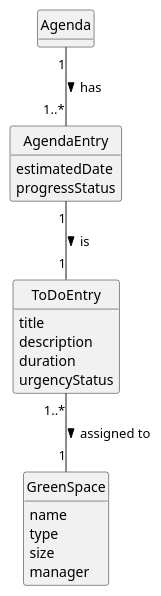
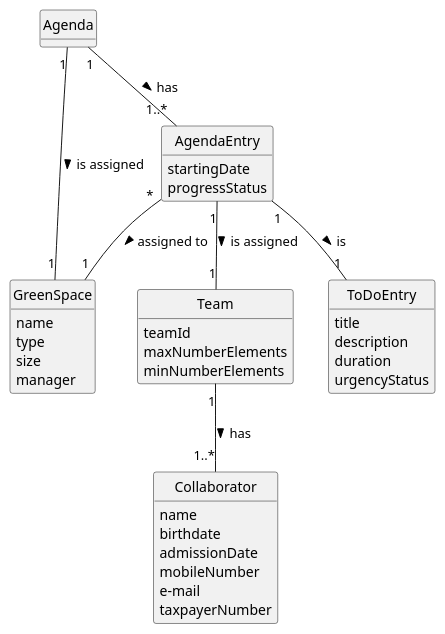
The diagram in docs/sprintC/us025/02.analysis/puml/us025-domain-model.puml (ricardomm7/leaflink), drawn with PlantUML before and after one commit. The commit also changed 20 other files, not shown here.

```diff
--- a/docs/sprintC/us025/02.analysis/puml/us025-domain-model.puml
+++ b/docs/sprintC/us025/02.analysis/puml/us025-domain-model.puml
@@ -1,46 +1,70 @@
 @startuml
 skinparam monochrome true
 skinparam packageStyle rectangle
 skinparam shadowing false
 
 'left to right direction
 
 skinparam classAttributeIconSize 0
 
 hide circle
 hide methods
 
 
+class Collaborator {
+    name
+    birthdate
+    admissionDate
+    mobileNumber
+    e-mail
+    taxpayerNumber
+}
+
+class Team {
+    teamId
+    maxNumberElements
+    minNumberElements
+}
+
+class GreenSpace{
+name
+type
+size
+manager
+
+}
 
 class AgendaEntry {
-    estimatedDate
+    startingDate
     progressStatus
 
 }
 
 
 class ToDoEntry {
     title
     description
     duration
     urgencyStatus
 
+
 }
 
 class Agenda{
 }
 
-class GreenSpace{
-name
-type
-size
-manager
-
-}
 Agenda "1" -- "1..*" AgendaEntry: has >
 
 AgendaEntry "1" -- "1" ToDoEntry: is >
 
-ToDoEntry "1..*" -- "1" GreenSpace: assigned to >
+AgendaEntry "*" -- "1" GreenSpace : assigned to >
+
+AgendaEntry "1" -- "1" Team : is assigned >
+
+Team "1" -- "1..*" Collaborator : has >
+
+Agenda "1" -- "1" GreenSpace : is assigned >
+
+
 
 @enduml
```
